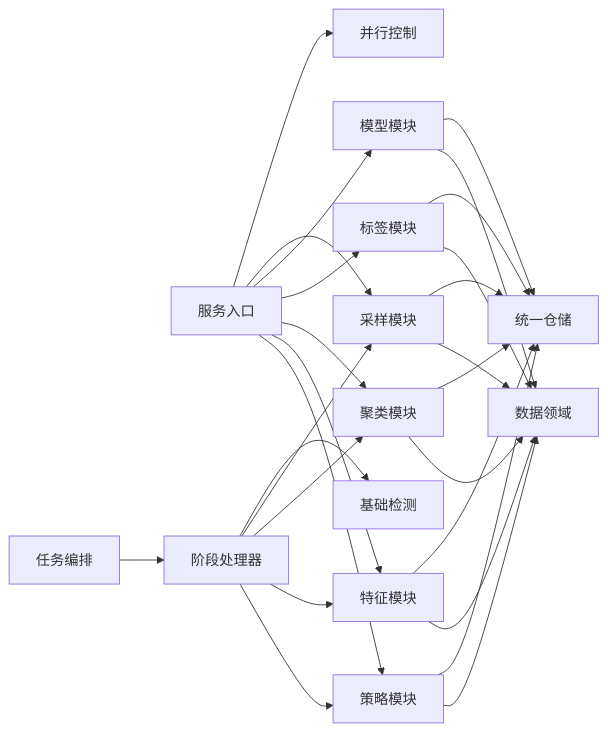
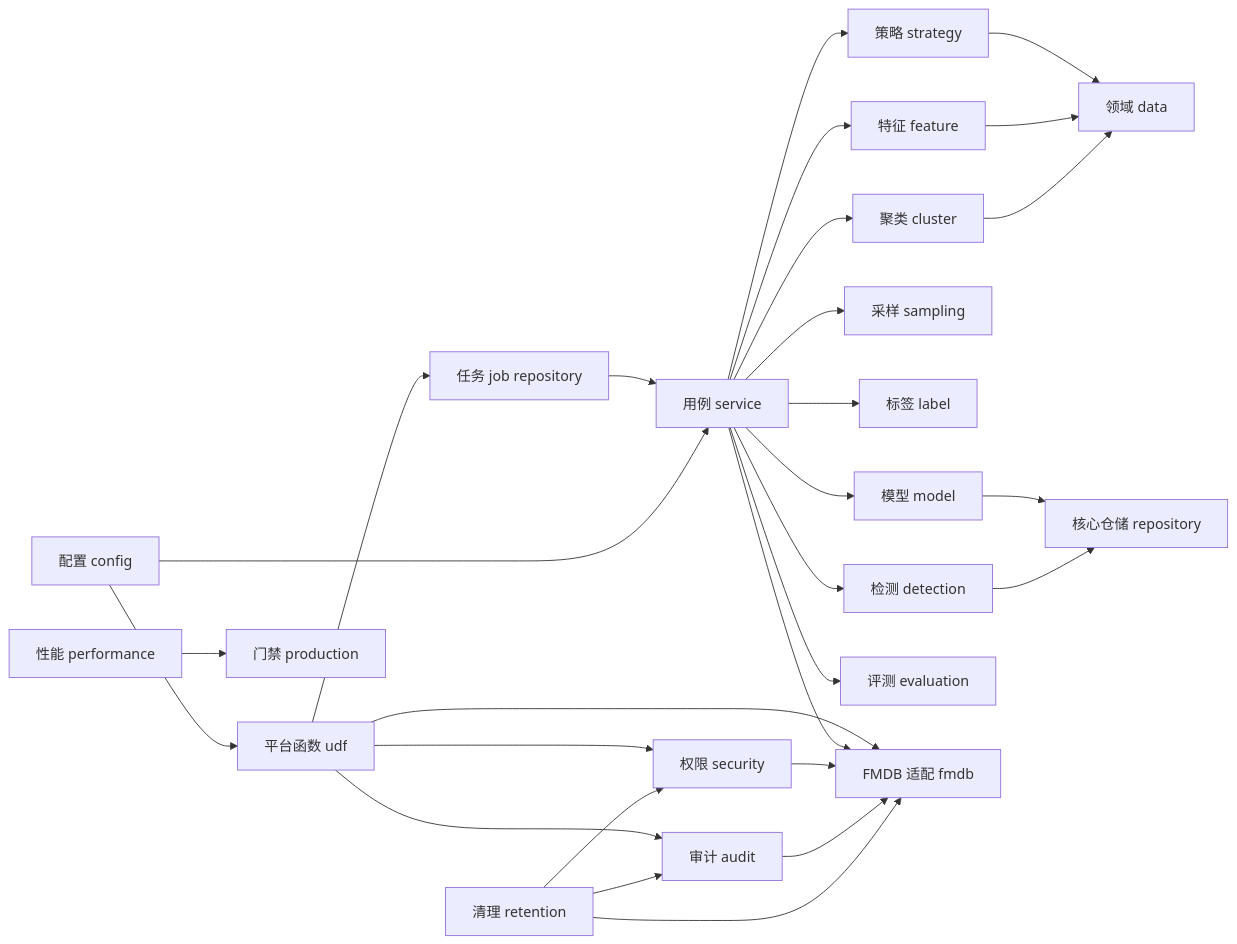
One commit to 18963603561/fmdb_udf_raha changed the second of 13 diagrams in doc/20260715/Raha工程-源码完整分析-202607150943.md. Above: the diagram before and after it, drawn with Mermaid. The commit also changed other lines of this file and 16 other files, not shown here.

````diff
--- a/doc/20260715/Raha工程-源码完整分析-202607150943.md
+++ b/doc/20260715/Raha工程-源码完整分析-202607150943.md
@@ -473,28 +601,30 @@
 ```mermaid
 graph LR;
-n01[服务入口] --> n02[策略模块];
-n01 --> n03[特征模块];
-n01 --> n04[聚类模块];
-n01 --> n05[标签模块];
-n01 --> n06[模型模块];
-n01 --> n07[采样模块];
-n08[任务编排] --> n09[阶段处理器];
-n09 --> n02;
-n09 --> n03;
-n09 --> n04;
-n09 --> n07;
-n09 --> n10[基础检测];
-n02 --> n11[数据领域];
-n03 --> n11;
-n04 --> n11;
-n05 --> n11;
-n06 --> n11;
-n07 --> n11;
-n02 --> n12[统一仓储];
-n03 --> n12;
-n04 --> n12;
-n05 --> n12;
-n06 --> n12;
-n07 --> n12;
-n01 --> n13[并行控制];
+n01[平台函数 udf] --> n02[权限 security];
+n01 --> n03[审计 audit];
+n01 --> n04[任务 job repository];
+n04 --> n05[用例 service];
+n05 --> n06[策略 strategy];
+n05 --> n07[特征 feature];
+n05 --> n08[聚类 cluster];
+n05 --> n09[采样 sampling];
+n05 --> n10[标签 label];
+n05 --> n11[模型 model];
+n05 --> n12[检测 detection];
+n05 --> n13[评测 evaluation];
+n06 --> n14[领域 data];
+n07 --> n14;
+n08 --> n14;
+n11 --> n15[核心仓储 repository];
+n12 --> n15;
+n01 --> n16[FMDB 适配 fmdb];
+n05 --> n16;
+n02 --> n16;
+n03 --> n16;
+n17[配置 config] --> n01;
+n17 --> n05;
+n18[性能 performance] --> n19[门禁 production];
+n20[清理 retention] --> n02;
+n20 --> n03;
+n20 --> n16;
 ```
````
